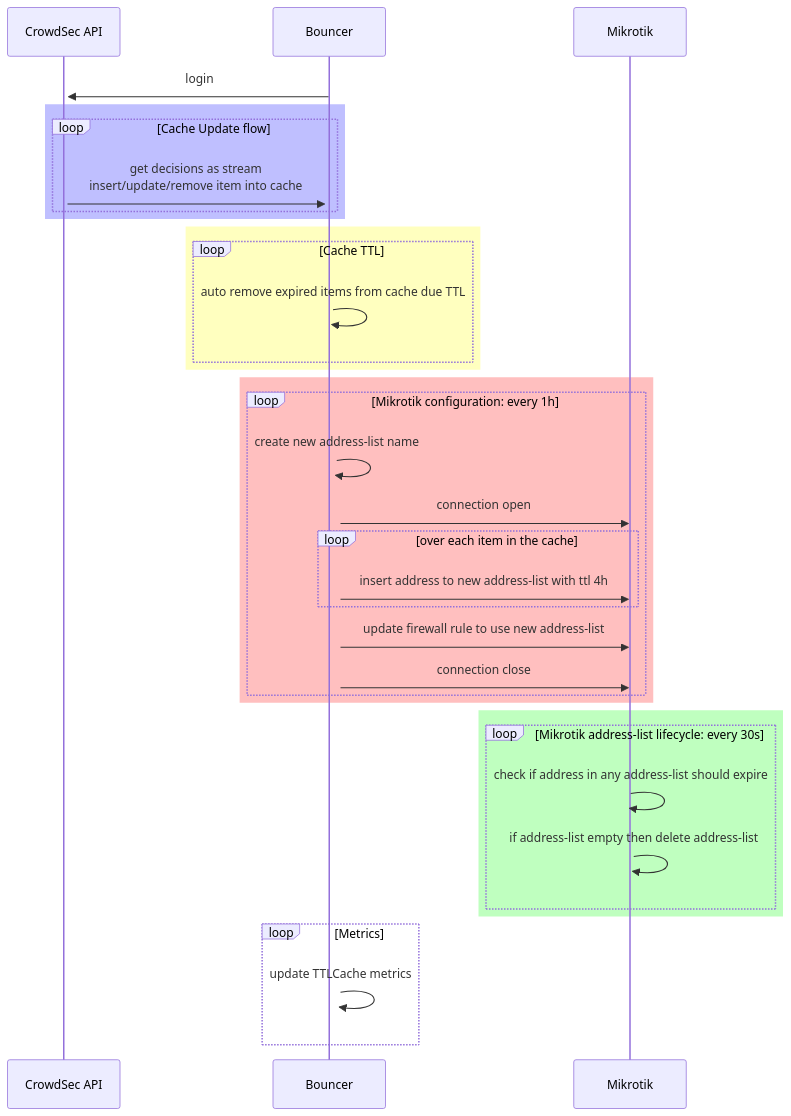
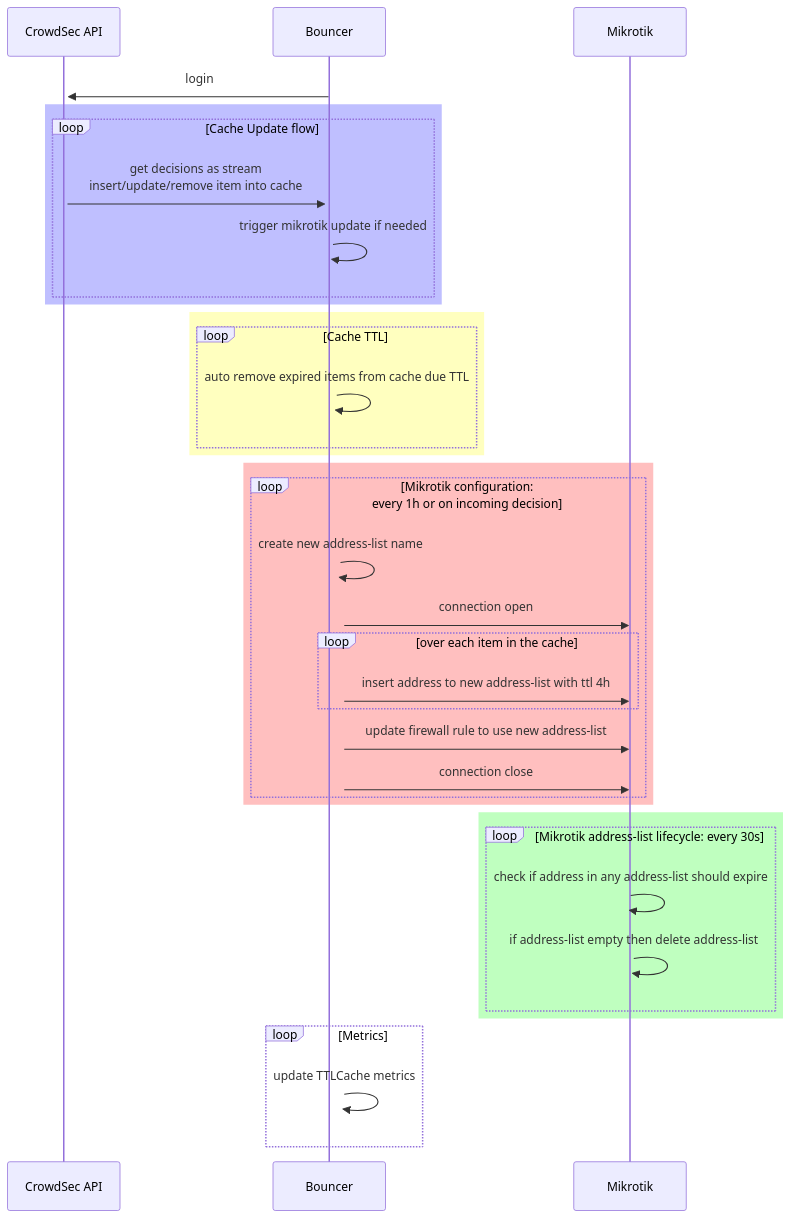
The diagram in README.md (silverbios/cs-mikrotik-bouncer-alt), drawn with Mermaid before and after one commit.

Commit message:
Update diagrams, add trigger by the decision

````diff
--- a/README.md
+++ b/README.md
@@ -12,46 +12,47 @@
 ```mermaid
 sequenceDiagram
   participant CrowdSec API
   participant Bouncer
   participant Mikrotik
 
   Bouncer ->>+ CrowdSec API: login
 
   rect rgba(0, 0, 255, .25)
   loop Cache Update flow
     CrowdSec API ->>+ Bouncer: get decisions as stream<br/>insert/update/remove item into cache
+    Bouncer ->>+ Bouncer: trigger mikrotik update if needed
   end
   end
 
 
   rect rgba(255, 255, 0, .25)
   loop Cache TTL
     Bouncer ->>+ Bouncer: auto remove expired items from cache due TTL
   end
   end
 
   rect rgba(255, 0, 0, .25)
-  loop Mikrotik configuration: every 1h
+  loop Mikrotik configuration: <br/>every 1h or on incoming decision
       Bouncer ->>+ Bouncer: create new address-list name
       Bouncer ->> Mikrotik: connection open
 
       loop over each item in the cache
           Bouncer ->> Mikrotik: insert address to new address-list with ttl 4h
       end
       Bouncer ->> Mikrotik: update firewall rule to use new address-list
       Bouncer ->> Mikrotik: connection close
   end
   end
 
   rect rgba(0, 255, 0, .25)
   loop Mikrotik address-list lifecycle: every 30s
     Mikrotik ->>+ Mikrotik: check if address in any address-list should expire
     Mikrotik ->>+ Mikrotik: if address-list empty then delete address-list
   end
   end
 
   loop Metrics
     Bouncer ->>+ Bouncer: update TTLCache metrics
   end
 
 ```
````
